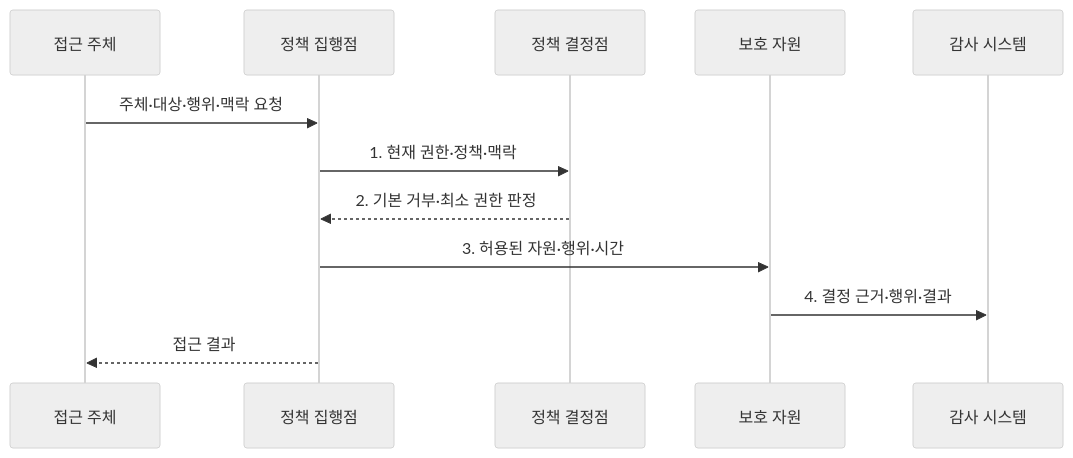
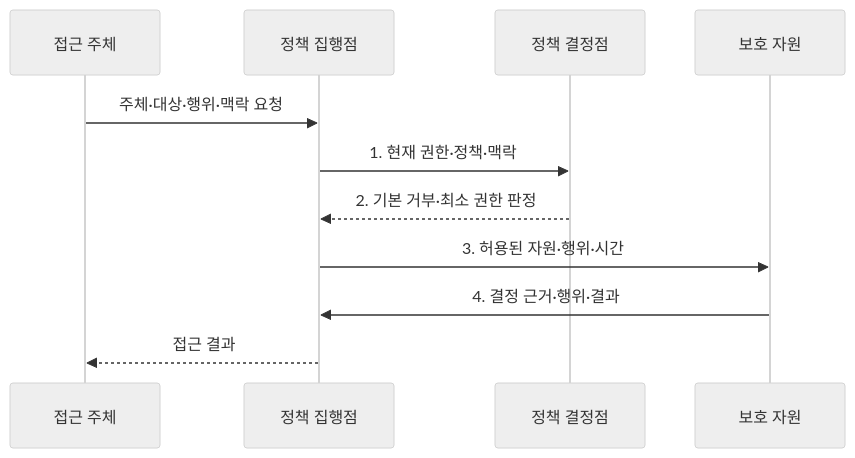
One commit to agnusdei1207/knowledge-base changed the second of 2 diagrams in src/content/docs/notes/05-security/137_security_design_principles.md. Above: the diagram before and after it, drawn with Mermaid (neutral theme). The commit also changed 2 other files, not shown here.

Commit message:
Reduce industrial security sequence roles

````diff
--- a/src/content/docs/notes/05-security/137_security_design_principles.md
+++ b/src/content/docs/notes/05-security/137_security_design_principles.md
@@ -98,14 +98,13 @@
 ```mermaid
 sequenceDiagram
   participant S as 접근 주체
   participant E as 정책 집행점
   participant P as 정책 결정점
   participant R as 보호 자원
-  participant A as 감사 시스템
   S->>E: 주체·대상·행위·맥락 요청
   E->>P: 1. 현재 권한·정책·맥락
   P-->>E: 2. 기본 거부·최소 권한 판정
   E->>R: 3. 허용된 자원·행위·시간
-  R->>A: 4. 결정 근거·행위·결과
+  R->>E: 4. 결정 근거·행위·결과
   E-->>S: 접근 결과
 ```
````
